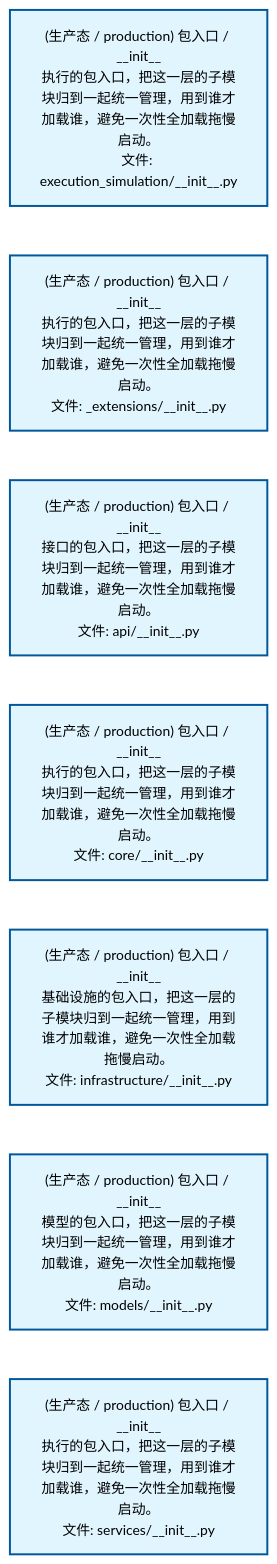
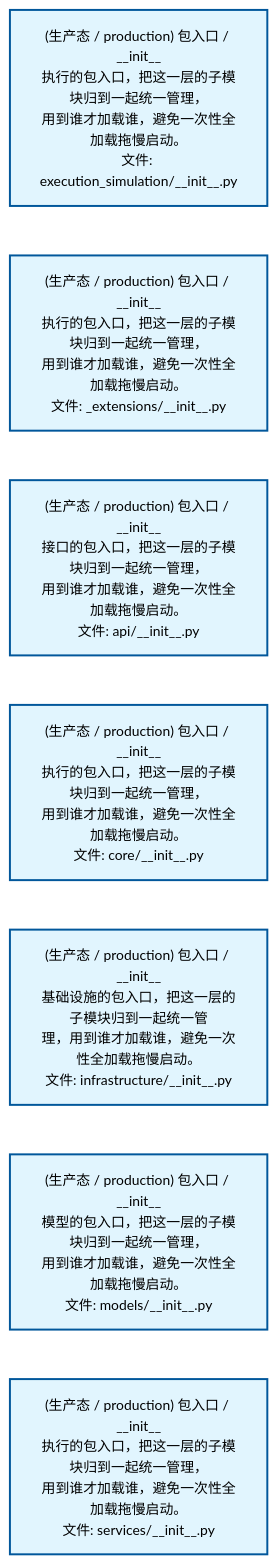
Before and after one commit to xuanFelixVan/ZephyrAlpha: the first of 2 diagrams in docs/02_enterprise_architecture/02_domain_architecture_docs/43_d_exec_sim.md, drawn with Mermaid. The commit also changed other lines of this file and 61 other files, not shown here.

````diff
--- a/docs/02_enterprise_architecture/02_domain_architecture_docs/43_d_exec_sim.md
+++ b/docs/02_enterprise_architecture/02_domain_architecture_docs/43_d_exec_sim.md
@@ -53,22 +53,22 @@
 ```mermaid
 %%{init: {'theme': 'base', 'themeVariables': {'primaryColor': '#eaeaea', 'primaryTextColor': '#333333', 'primaryBorderColor': '#666666', 'lineColor': '#666666', 'secondaryColor': '#eaeaea', 'tertiaryColor': '#eaeaea', 'fontSize': '14px'}}}%%
 flowchart TD
-    src_zephyr_execution_simulation_init_py["(生产态 / production) 包入口 / __init__<br/>执行的包入口，把这一层的子模块归到一起统一管理，用到谁才加载谁，避免一次性全加载拖慢启动。<br/>文件: execution_simulation/__init__.py"]
-    src_zephyr_execution_simulation_extensions_init_py["(生产态 / production) 包入口 / __init__<br/>执行的包入口，把这一层的子模块归到一起统一管理，用到谁才加载谁，避免一次性全加载拖慢启动。<br/>文件: _extensions/__init__.py"]
-    src_zephyr_execution_simulation_api_init_py["(生产态 / production) 包入口 / __init__<br/>接口的包入口，把这一层的子模块归到一起统一管理，用到谁才加载谁，避免一次性全加载拖慢启动。<br/>文件: api/__init__.py"]
-    src_zephyr_execution_simulation_core_init_py["(生产态 / production) 包入口 / __init__<br/>执行的包入口，把这一层的子模块归到一起统一管理，用到谁才加载谁，避免一次性全加载拖慢启动。<br/>文件: core/__init__.py"]
-    src_zephyr_execution_simulation_infrastructure_init_py["(生产态 / production) 包入口 / __init__<br/>基础设施的包入口，把这一层的子模块归到一起统一管理，用到谁才加载谁，避免一次性全加载拖慢启动。<br/>文件: infrastructure/__init__.py"]
-    src_zephyr_execution_simulation_models_init_py["(生产态 / production) 包入口 / __init__<br/>模型的包入口，把这一层的子模块归到一起统一管理，用到谁才加载谁，避免一次性全加载拖慢启动。<br/>文件: models/__init__.py"]
-    src_zephyr_execution_simulation_services_init_py["(生产态 / production) 包入口 / __init__<br/>执行的包入口，把这一层的子模块归到一起统一管理，用到谁才加载谁，避免一次性全加载拖慢启动。<br/>文件: services/__init__.py"]
+    src_zephyr_execution_simulation_init_py["(生产态 / production) 包入口 / __init__<br/>执行的包入口，把这一层的子模块归到一起统一管理，<br/>用到谁才加载谁，避免一次性全加载拖慢启动。<br/>文件: execution_simulation/__init__.py"]
+    src_zephyr_execution_simulation_extensions_init_py["(生产态 / production) 包入口 / __init__<br/>执行的包入口，把这一层的子模块归到一起统一管理，<br/>用到谁才加载谁，避免一次性全加载拖慢启动。<br/>文件: _extensions/__init__.py"]
+    src_zephyr_execution_simulation_api_init_py["(生产态 / production) 包入口 / __init__<br/>接口的包入口，把这一层的子模块归到一起统一管理，<br/>用到谁才加载谁，避免一次性全加载拖慢启动。<br/>文件: api/__init__.py"]
+    src_zephyr_execution_simulation_core_init_py["(生产态 / production) 包入口 / __init__<br/>执行的包入口，把这一层的子模块归到一起统一管理，<br/>用到谁才加载谁，避免一次性全加载拖慢启动。<br/>文件: core/__init__.py"]
+    src_zephyr_execution_simulation_infrastructure_init_py["(生产态 / production) 包入口 / __init__<br/>基础设施的包入口，把这一层的子模块归到一起统一管<br/>理，用到谁才加载谁，避免一次性全加载拖慢启动。<br/>文件: infrastructure/__init__.py"]
+    src_zephyr_execution_simulation_models_init_py["(生产态 / production) 包入口 / __init__<br/>模型的包入口，把这一层的子模块归到一起统一管理，<br/>用到谁才加载谁，避免一次性全加载拖慢启动。<br/>文件: models/__init__.py"]
+    src_zephyr_execution_simulation_services_init_py["(生产态 / production) 包入口 / __init__<br/>执行的包入口，把这一层的子模块归到一起统一管理，<br/>用到谁才加载谁，避免一次性全加载拖慢启动。<br/>文件: services/__init__.py"]
     src_zephyr_execution_simulation_init_py ~~~ src_zephyr_execution_simulation_extensions_init_py
     src_zephyr_execution_simulation_extensions_init_py ~~~ src_zephyr_execution_simulation_api_init_py
     src_zephyr_execution_simulation_api_init_py ~~~ src_zephyr_execution_simulation_core_init_py
     src_zephyr_execution_simulation_core_init_py ~~~ src_zephyr_execution_simulation_infrastructure_init_py
     src_zephyr_execution_simulation_infrastructure_init_py ~~~ src_zephyr_execution_simulation_models_init_py
     src_zephyr_execution_simulation_models_init_py ~~~ src_zephyr_execution_simulation_services_init_py
     classDef production fill:#e1f5fe,stroke:#01579b,stroke-width:2px,color:#000
     classDef design fill:#fff3e0,stroke:#e65100,stroke-width:2px,color:#000,stroke-dasharray: 5 5
     classDef external_prod fill:#e8f4fd,stroke:#0277bd,stroke-width:1px,color:#000
     classDef external_design fill:#fff8e7,stroke:#ef6c00,stroke-width:1px,color:#000,stroke-dasharray: 5 5
     class src_zephyr_execution_simulation_init_py,src_zephyr_execution_simulation_extensions_init_py,src_zephyr_execution_simulation_api_init_py,src_zephyr_execution_simulation_core_init_py,src_zephyr_execution_simulation_infrastructure_init_py,src_zephyr_execution_simulation_models_init_py,src_zephyr_execution_simulation_services_init_py production
 ```
````
